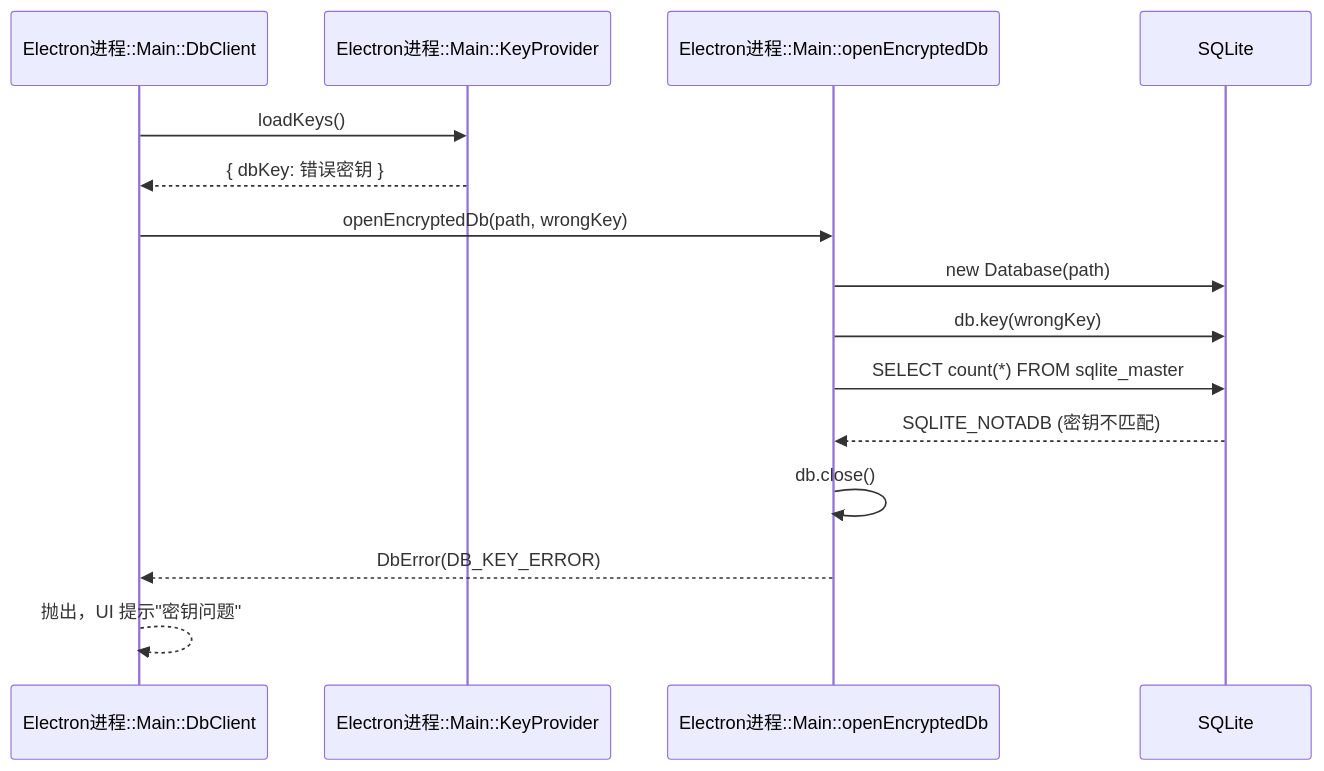
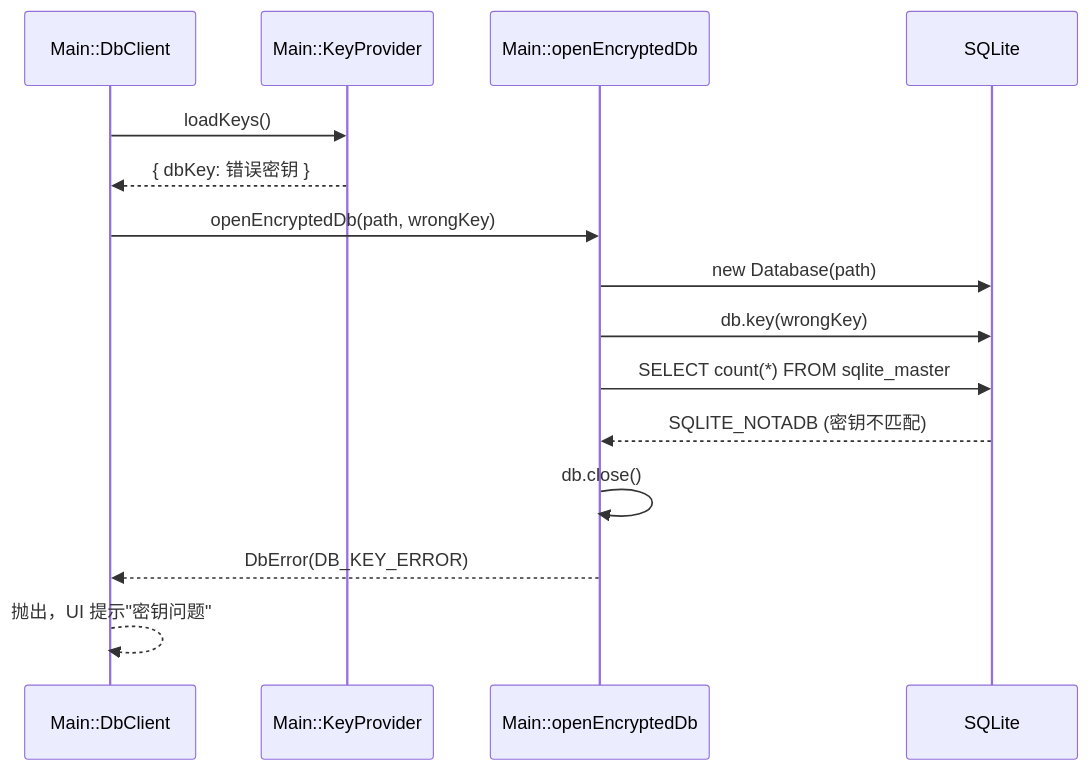
One commit to lupnfer/vue_with_csdk changed the seventh of 12 diagrams in docs/architecture-diagrams.md. Above: the diagram before and after it, drawn with Mermaid. The commit also changed other lines of this file, not shown here.

First line of the commit message:
docs: 时序图 participant 改为进程名::模块名格式

````diff
--- a/docs/architecture-diagrams.md
+++ b/docs/architecture-diagrams.md
@@ -356,18 +356,18 @@
 ```mermaid
 sequenceDiagram
-    participant M as Electron进程::Main::DbClient
-    participant K as Electron进程::Main::KeyProvider
-    participant D as Electron进程::Main::openEncryptedDb
+    participant M as Main::DbClient
+    participant K as Main::KeyProvider
+    participant D as Main::openEncryptedDb
     participant DB as SQLite
 
     M->>K: loadKeys()
     K-->>M: { dbKey: 错误密钥 }
     M->>D: openEncryptedDb(path, wrongKey)
     D->>DB: new Database(path)
     D->>DB: db.key(wrongKey)
     D->>DB: SELECT count(*) FROM sqlite_master
     DB-->>D: SQLITE_NOTADB (密钥不匹配)
     D->>D: db.close()
     D-->>M: DbError(DB_KEY_ERROR)
     M-->>M: 抛出，UI 提示"密钥问题"
 ```
````
